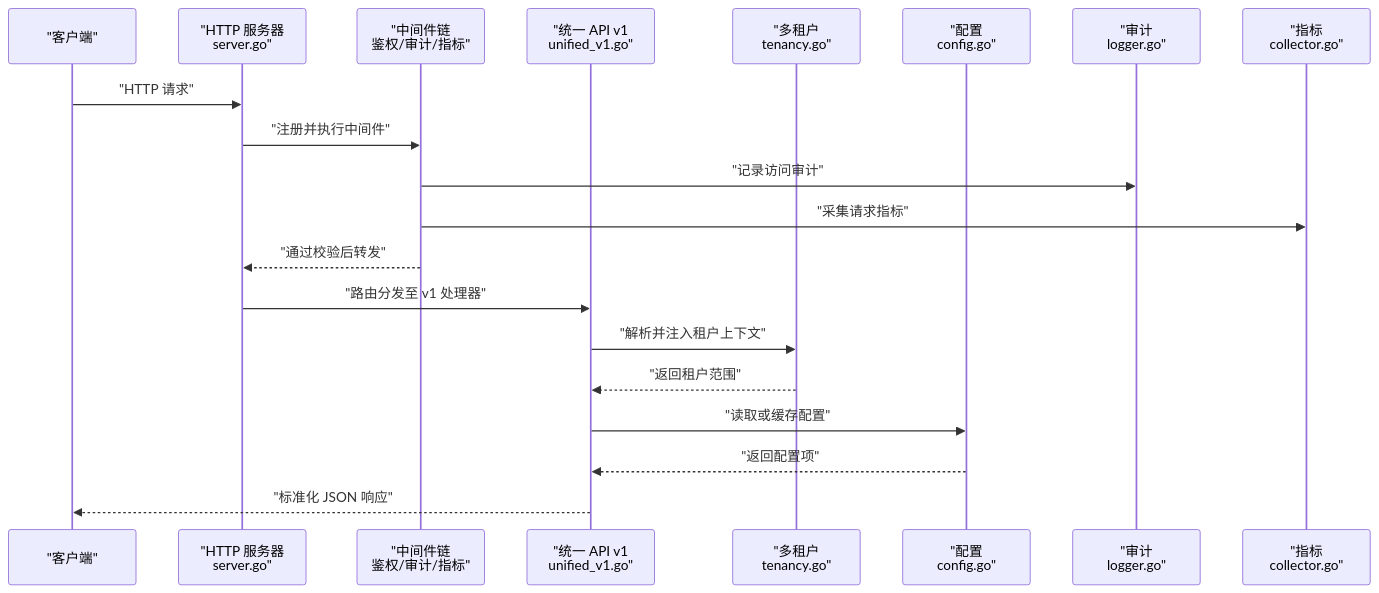
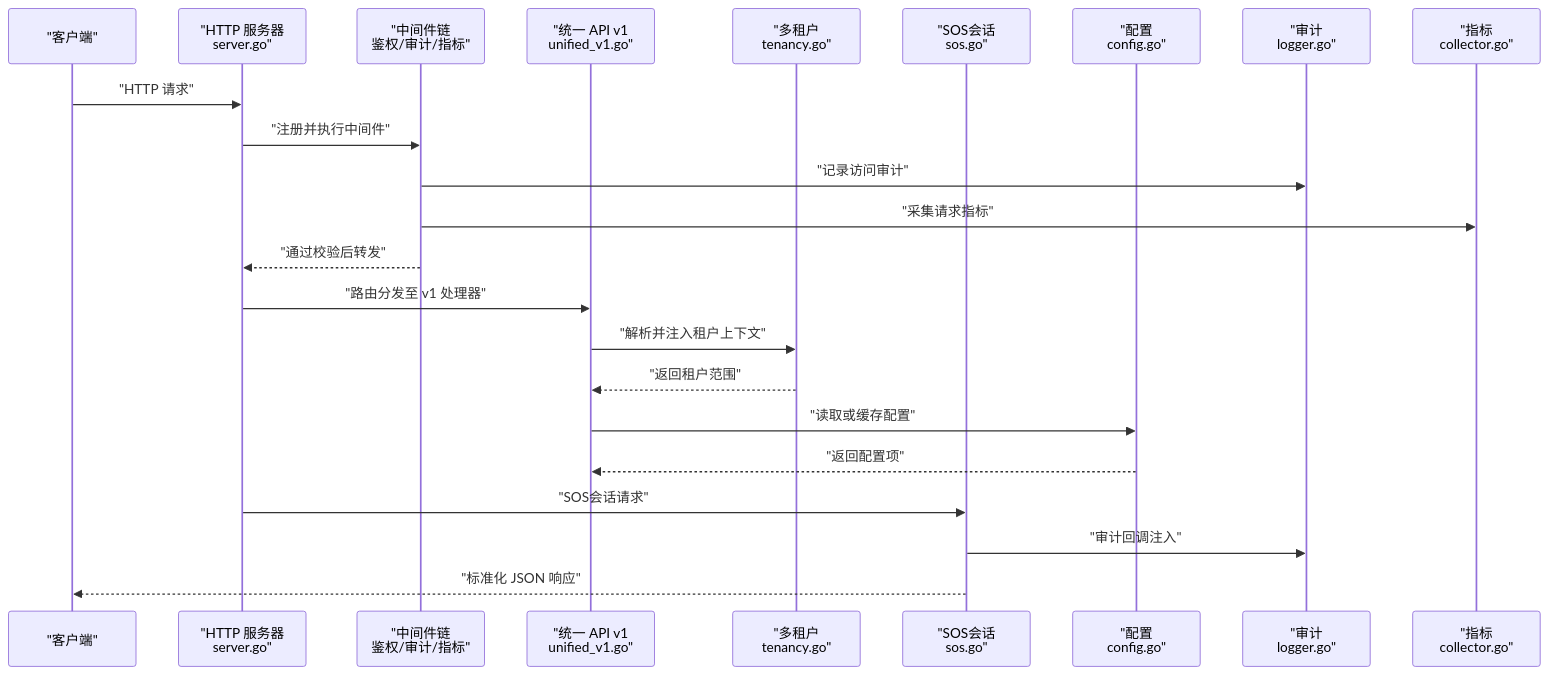
One commit to kudig-io/klaw changed the second of 8 diagrams in .qoder/repowiki/zh/content/系统架构/API服务架构.md. Above: the diagram before and after it, drawn with Mermaid. The commit also changed other lines of this file and 257 other files, not shown here.

````diff
--- a/.qoder/repowiki/zh/content/系统架构/API服务架构.md
+++ b/.qoder/repowiki/zh/content/系统架构/API服务架构.md
@@ -104,22 +120,25 @@
 ```mermaid
 sequenceDiagram
 participant Client as "客户端"
 participant Server as "HTTP 服务器<br/>server.go"
 participant MW as "中间件链<br/>鉴权/审计/指标"
 participant V1 as "统一 API v1<br/>unified_v1.go"
 participant Tenant as "多租户<br/>tenancy.go"
+participant SOS as "SOS会话<br/>sos.go"
 participant Cfg as "配置<br/>config.go"
 participant Aud as "审计<br/>logger.go"
 participant Met as "指标<br/>collector.go"
 Client->>Server : "HTTP 请求"
 Server->>MW : "注册并执行中间件"
 MW->>Aud : "记录访问审计"
 MW->>Met : "采集请求指标"
 MW-->>Server : "通过校验后转发"
 Server->>V1 : "路由分发至 v1 处理器"
 V1->>Tenant : "解析并注入租户上下文"
 Tenant-->>V1 : "返回租户范围"
 V1->>Cfg : "读取或缓存配置"
 Cfg-->>V1 : "返回配置项"
-V1-->>Client : "标准化 JSON 响应"
+Server->>SOS : "SOS会话请求"
+SOS->>Aud : "审计回调注入"
+SOS-->>Client : "标准化 JSON 响应"
 ```
````
